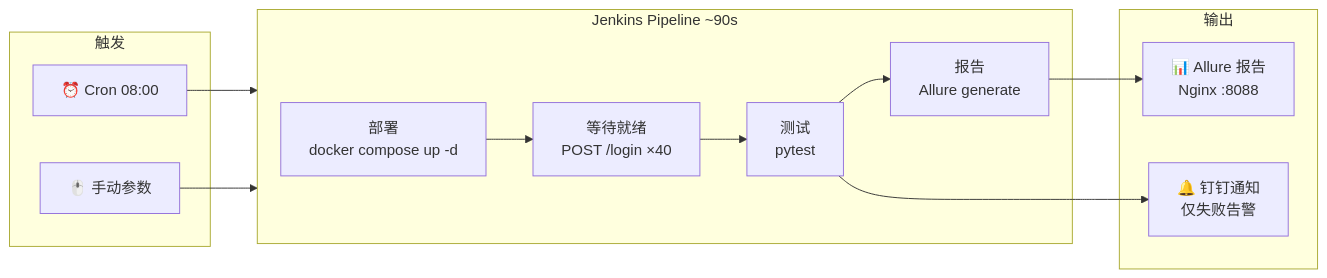
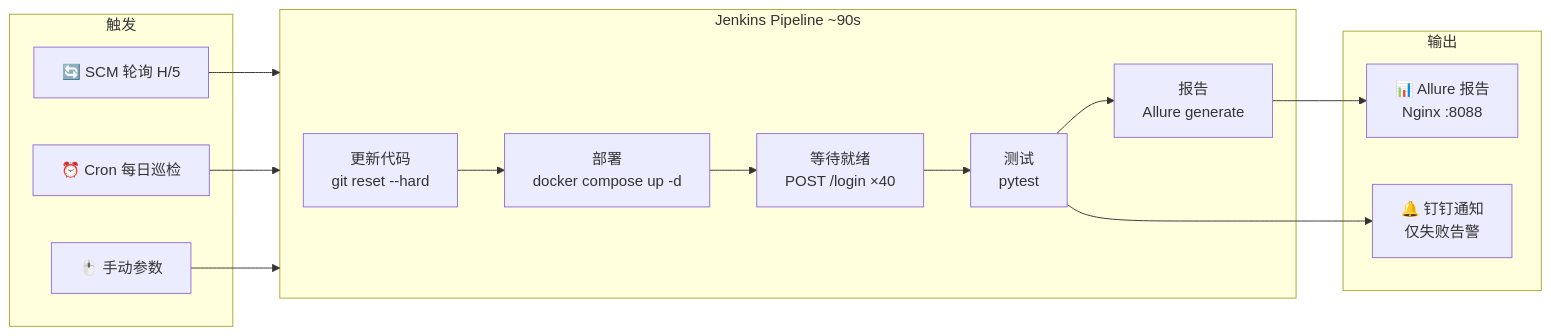
Before and after one commit to Mavie521/ruoyi-api-test: the fourth of 6 diagrams in README.md, drawn with Mermaid. The commit also changed other lines of this file, not shown here.

Commit message:
docs: 更新 README CI/CD 部分，反映 SCM 轮询 + 定时巡检 + Gitee 镜像

````diff
--- a/README.md
+++ b/README.md
@@ -187,25 +188,28 @@
 ```mermaid
 graph LR
     subgraph Trigger["触发"]
-        Cron["⏰ Cron 08:00"]
+        Poll["🔄 SCM 轮询 H/5"]
+        Cron["⏰ Cron 每日巡检"]
         Manual["🖱️ 手动参数"]
     end
 
     subgraph Pipeline["Jenkins Pipeline ~90s"]
+        Update["更新代码<br/>git reset --hard"]
         Deploy["部署<br/>docker compose up -d"]
         Wait["等待就绪<br/>POST /login ×40"]
         Test["测试<br/>pytest"]
         Report["报告<br/>Allure generate"]
     end
 
     subgraph Output["输出"]
         AllureReport["📊 Allure 报告<br/>Nginx :8088"]
         DingTalk["🔔 钉钉通知<br/>仅失败告警"]
     end
 
+    Poll --> Pipeline
     Cron --> Pipeline
     Manual --> Pipeline
-    Deploy --> Wait --> Test --> Report
+    Update --> Deploy --> Wait --> Test --> Report
     Report --> AllureReport
     Test --> DingTalk
 ```
````
